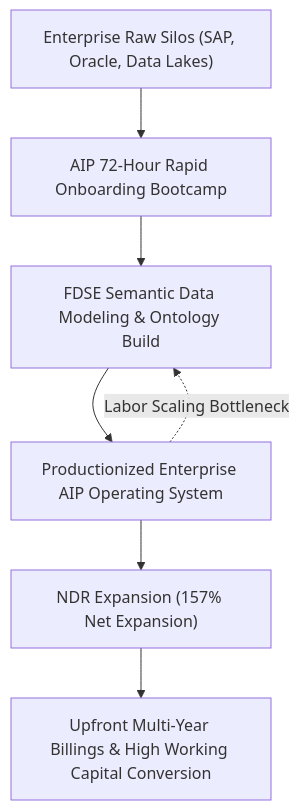
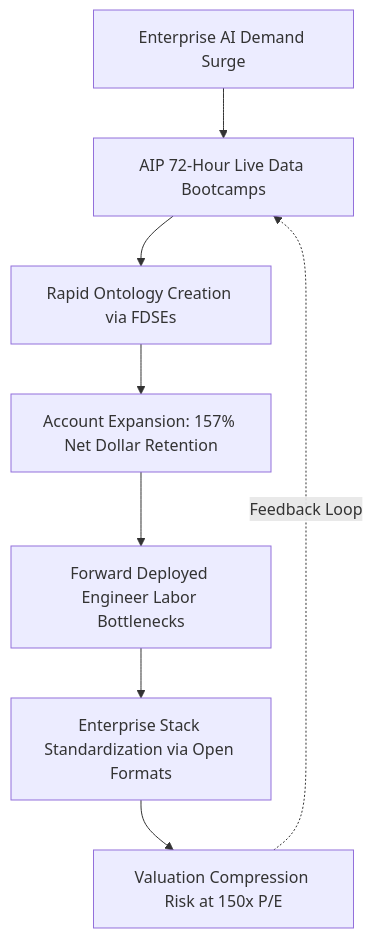
The diagram in web/src/content/articles/pltr-pltr-2026-09-28-001.md (Unheat/memeTrading), drawn with Mermaid before and after one commit. The commit also changed other lines of this file and 6 other files, not shown here.

````diff
--- a/web/src/content/articles/pltr-pltr-2026-09-28-001.md
+++ b/web/src/content/articles/pltr-pltr-2026-09-28-001.md
@@ -87,9 +94,10 @@
 ```mermaid
 flowchart TD
-  A["Enterprise Raw Silos (SAP, Oracle, Data Lakes)"] --> B["AIP 72-Hour Rapid Onboarding Bootcamp"]
-  B --> C["FDSE Semantic Data Modeling & Ontology Build"]
-  C --> D["Productionized Enterprise AIP Operating System"]
-  D --> E["NDR Expansion (157% Net Expansion)"]
-  D -.->|"Labor Scaling Bottleneck"| C
-  E --> F["Upfront Multi-Year Billings & High Working Capital Conversion"]
+    A["Enterprise AI Demand Surge"] --> B["AIP 72-Hour Live Data Bootcamps"]
+    B --> C["Rapid Ontology Creation via FDSEs"]
+    C --> D["Account Expansion: 157% Net Dollar Retention"]
+    D --> E["Forward Deployed Engineer Labor Bottlenecks"]
+    E --> F["Enterprise Stack Standardization via Open Formats"]
+    F --> G["Valuation Compression Risk at 150x P/E"]
+    G -. Feedback Loop .-> B
 ```
````
